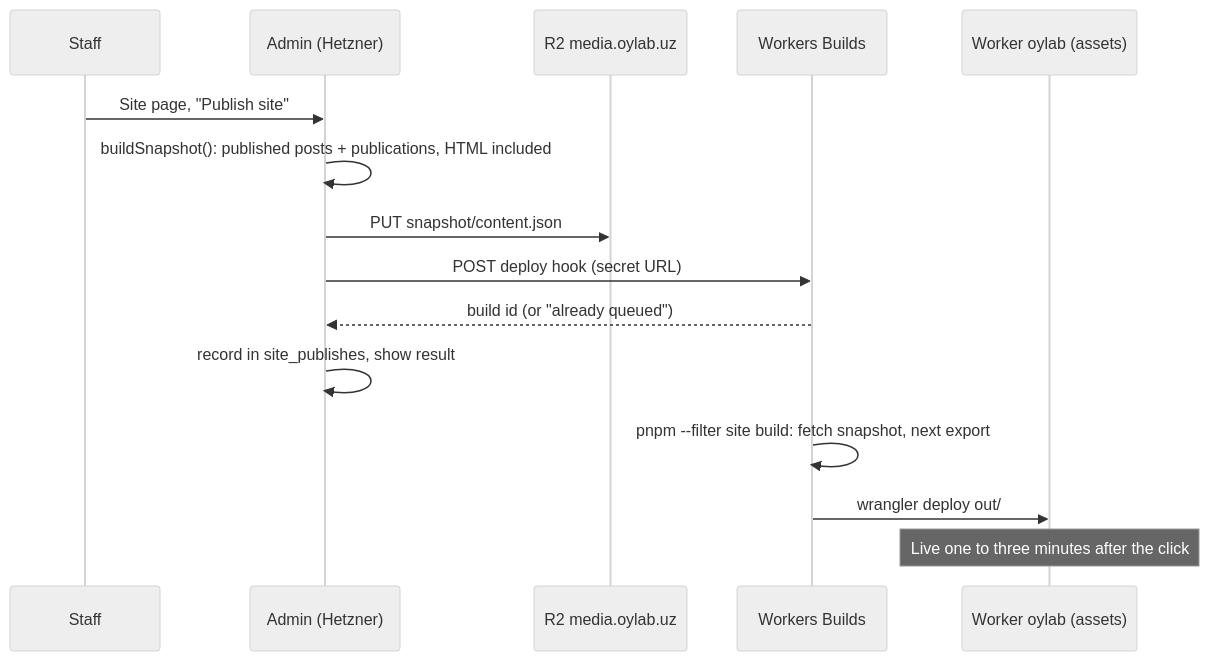
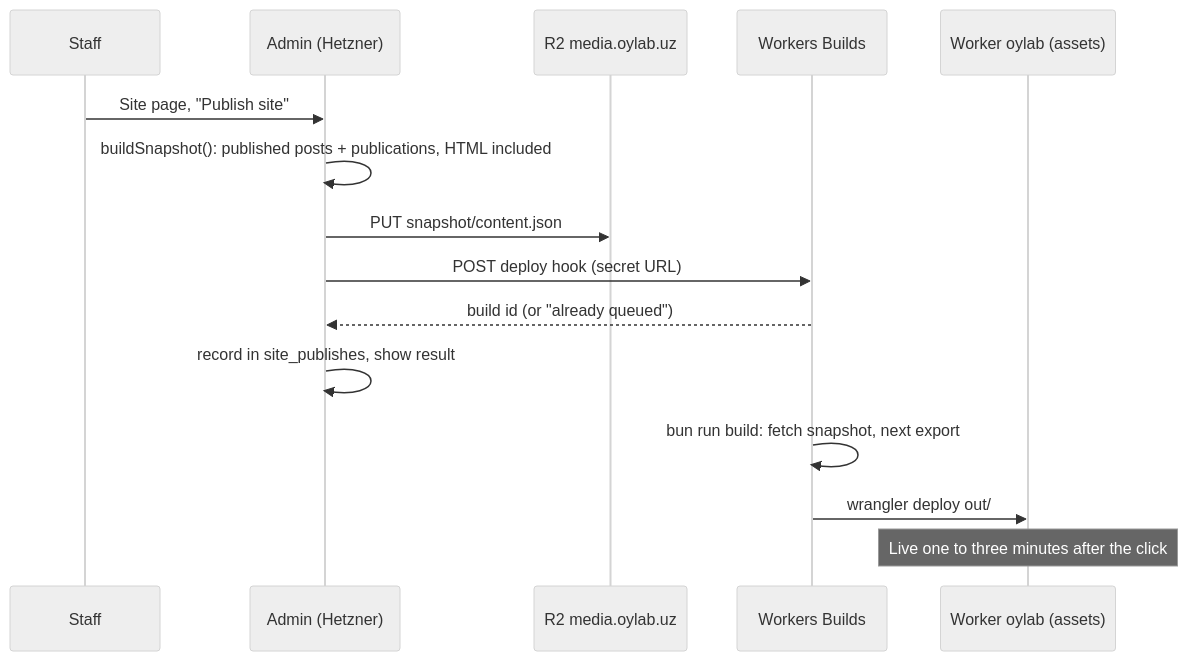
The second of 2 diagrams in docs/ARCHITECTURE.md (oylab-uz/oylab.uz), drawn with Mermaid (neutral theme) before and after one commit. The commit also changed other lines of this file and 165 other files, not shown here.

First line of the commit message:
chore: bun replaces pnpm as the package manager

````diff
--- a/docs/ARCHITECTURE.md
+++ b/docs/ARCHITECTURE.md
@@ -98,18 +98,18 @@
 ```mermaid
 sequenceDiagram
   participant S as Staff
   participant A as Admin (Hetzner)
   participant R as R2 media.oylab.uz
   participant B as Workers Builds
   participant W as Worker oylab (assets)
 
   S->>A: Site page, "Publish site"
   A->>A: buildSnapshot(): published posts + publications, HTML included
   A->>R: PUT snapshot/content.json
   A->>B: POST deploy hook (secret URL)
   B-->>A: build id (or "already queued")
   A->>A: record in site_publishes, show result
-  B->>B: pnpm --filter site build: fetch snapshot, next export
+  B->>B: bun run build: fetch snapshot, next export
   B->>W: wrangler deploy out/
   Note over W: Live one to three minutes after the click
 ```
````
